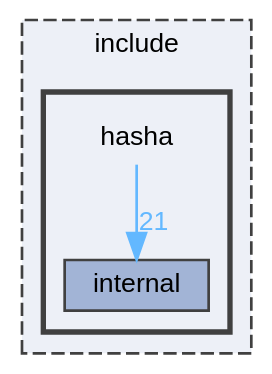
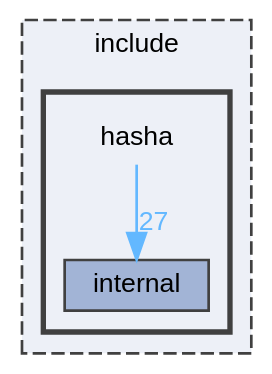
The diagram in docs/dir_a4a1bd6a6f47eff74681f752ad8bc128_dep.dot (reslaid32/hasha), drawn with Graphviz before and after one commit. The commit also changed 157 other files, not shown here.

```diff
--- a/docs/dir_a4a1bd6a6f47eff74681f752ad8bc128_dep.dot
+++ b/docs/dir_a4a1bd6a6f47eff74681f752ad8bc128_dep.dot
@@ -1,17 +1,17 @@
 digraph "include/hasha"
 {
  // LATEX_PDF_SIZE
   bgcolor="transparent";
   edge [fontname=Helvetica,fontsize=10,labelfontname=Helvetica,labelfontsize=10];
   node [fontname=Helvetica,fontsize=10,shape=box,height=0.2,width=0.4];
   compound=true
   subgraph clusterdir_d44c64559bbebec7f509842c48db8b23 {
     graph [ bgcolor="#edf0f7", pencolor="grey25", label="include", fontname=Helvetica,fontsize=10 style="filled,dashed", URL="dir_d44c64559bbebec7f509842c48db8b23.html",tooltip=""]
   subgraph clusterdir_a4a1bd6a6f47eff74681f752ad8bc128 {
     graph [ bgcolor="#edf0f7", pencolor="grey25", label="", fontname=Helvetica,fontsize=10 style="filled,bold", URL="dir_a4a1bd6a6f47eff74681f752ad8bc128.html",tooltip=""]
     dir_a4a1bd6a6f47eff74681f752ad8bc128 [shape=plaintext, label="hasha"];
   dir_85f9138f07c20f37adf55a1b4ce19dcc [label="internal", fillcolor="#a2b4d6", color="grey25", style="filled", URL="dir_85f9138f07c20f37adf55a1b4ce19dcc.html",tooltip=""];
   }
   }
-  dir_a4a1bd6a6f47eff74681f752ad8bc128->dir_85f9138f07c20f37adf55a1b4ce19dcc [headlabel="21", labeldistance=1.5 headhref="dir_000000_000002.html" href="dir_000000_000002.html" color="steelblue1" fontcolor="steelblue1"];
+  dir_a4a1bd6a6f47eff74681f752ad8bc128->dir_85f9138f07c20f37adf55a1b4ce19dcc [headlabel="27", labeldistance=1.5 headhref="dir_000000_000002.html" href="dir_000000_000002.html" color="steelblue1" fontcolor="steelblue1"];
 }
```
